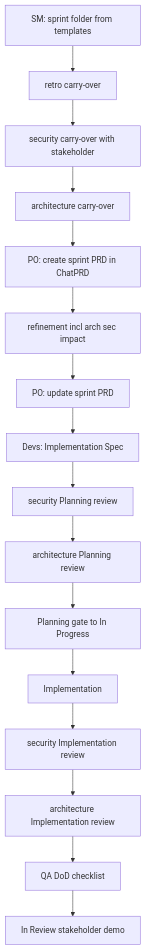
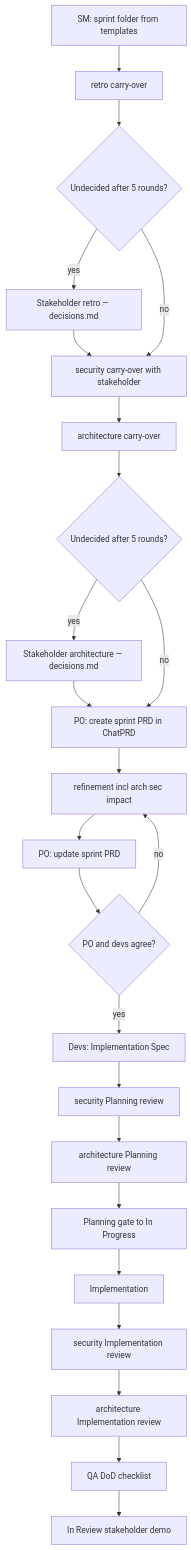
The diagram in .cursor/plans/delivery/velumia-sprint-ceremony.plan.md (liebsoer/velumia), drawn with Mermaid before and after one commit.

Commit message:
docs(ceremony): fix planning flowchart escalation paths
After stakeholder decisions, proceed to the next planning phase
(SecCarry or PRDCreate) instead of looping back to retro carry-over.

````diff
--- a/.cursor/plans/delivery/velumia-sprint-ceremony.plan.md
+++ b/.cursor/plans/delivery/velumia-sprint-ceremony.plan.md
@@ -19,23 +19,35 @@
 ```mermaid
 flowchart TD
   SM[SM: sprint folder from templates]
   Retro[retro carry-over]
+  RetroBlocked{Undecided after 5 rounds?}
+  RetroStake[Stakeholder retro — decisions.md]
   SecCarry[security carry-over with stakeholder]
   ArchCarry[architecture carry-over]
+  ArchBlocked{Undecided after 5 rounds?}
+  ArchStake[Stakeholder architecture — decisions.md]
   PRDCreate[PO: create sprint PRD in ChatPRD]
   Refine[refinement incl arch sec impact]
   PRDUpdate[PO: update sprint PRD]
+  Agree{PO and devs agree?}
   ImplCreate[Devs: Implementation Spec]
   SecPlan[security Planning review]
   ArchPlan[architecture Planning review]
   Gate[Planning gate to In Progress]
   Impl[Implementation]
   SecImpl[security Implementation review]
   ArchImpl[architecture Implementation review]
   QA[QA DoD checklist]
   Review[In Review stakeholder demo]
 
-  SM --> Retro --> SecCarry --> ArchCarry --> PRDCreate --> Refine
-  Refine --> PRDUpdate --> ImplCreate --> SecPlan --> ArchPlan --> Gate
+  SM --> Retro --> RetroBlocked
+  RetroBlocked -->|yes| RetroStake --> SecCarry
+  RetroBlocked -->|no| SecCarry
+  SecCarry --> ArchCarry --> ArchBlocked
+  ArchBlocked -->|yes| ArchStake --> PRDCreate
+  ArchBlocked -->|no| PRDCreate
+  PRDCreate --> Refine --> PRDUpdate --> Agree
+  Agree -->|no| Refine
+  Agree -->|yes| ImplCreate --> SecPlan --> ArchPlan --> Gate
   Gate --> Impl --> SecImpl --> ArchImpl --> QA --> Review
 ```
````
